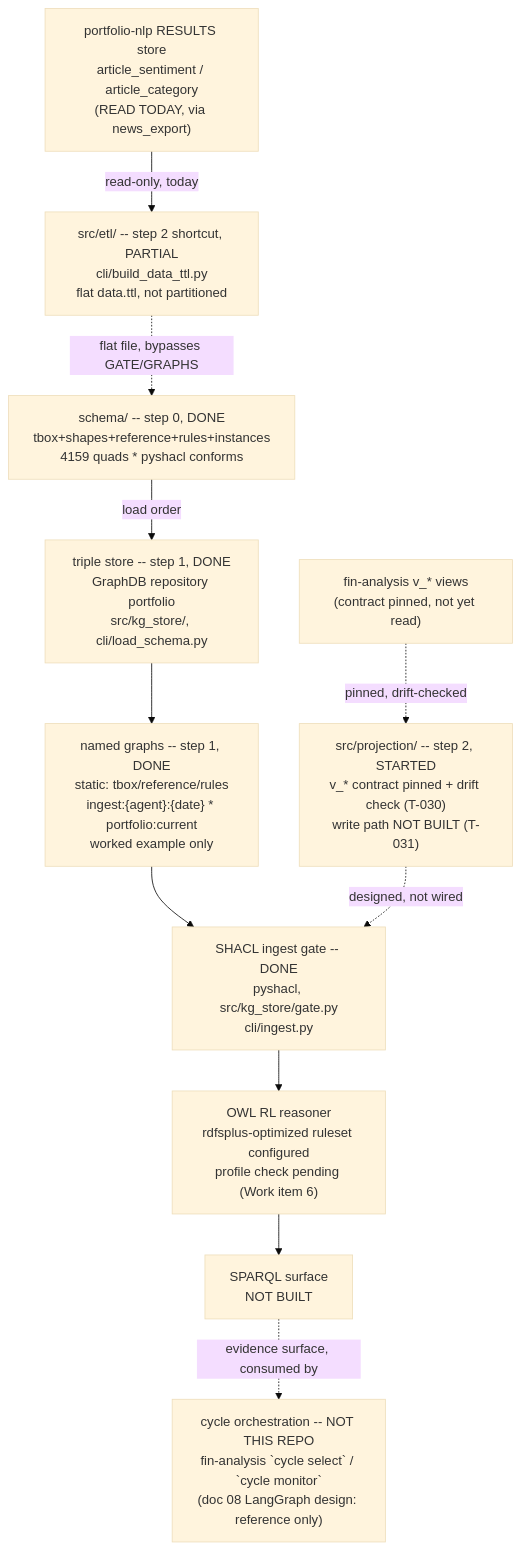
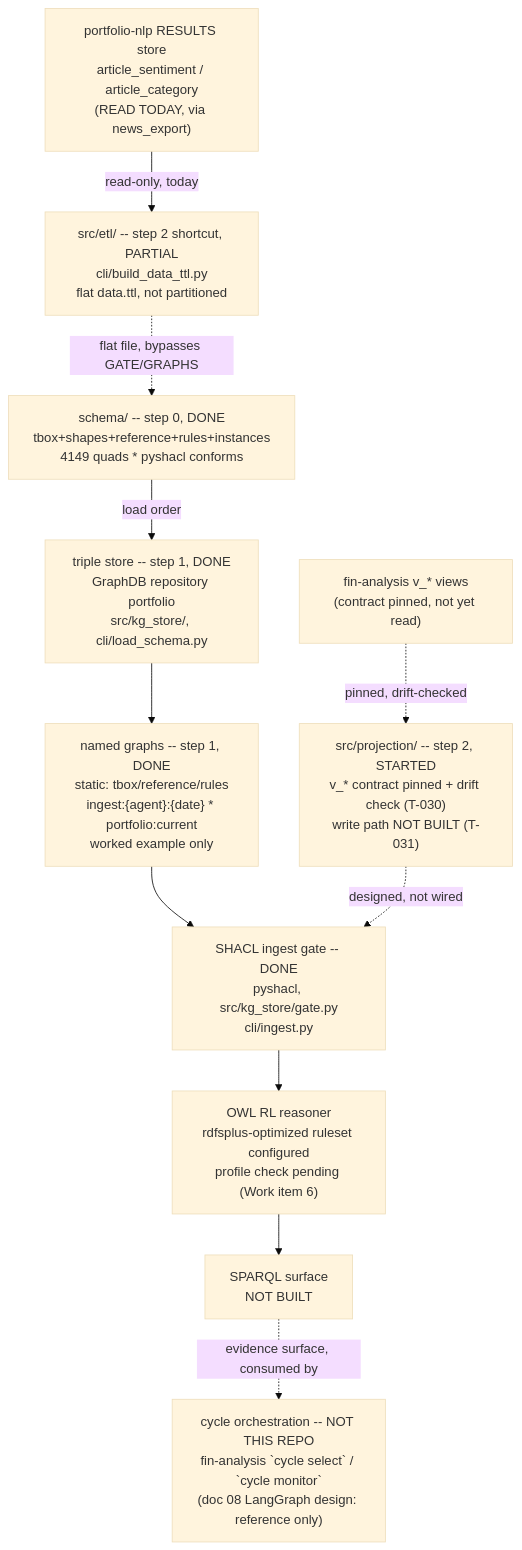
One commit to gamug/portfolio-knowledge-graph changed the diagram in .specify/memory/SPEC.md. Above: the diagram before and after it, drawn with Mermaid (base theme). The commit also changed other lines of this file and 12 other files, not shown here.

````diff
--- a/.specify/memory/SPEC.md
+++ b/.specify/memory/SPEC.md
@@ -781,22 +784,22 @@
 ```mermaid
 flowchart TB
-    SCHEMA["schema/ -- step 0, DONE<br/>tbox+shapes+reference+rules+instances<br/>4159 quads * pyshacl conforms"]
+    SCHEMA["schema/ -- step 0, DONE<br/>tbox+shapes+reference+rules+instances<br/>4149 quads * pyshacl conforms"]
     STORE["triple store -- step 1, DONE<br/>GraphDB repository portfolio<br/>src/kg_store/, cli/load_schema.py"]
     GRAPHS["named graphs -- step 1, DONE<br/>static: tbox/reference/rules<br/>ingest:{agent}:{date} * portfolio:current<br/>worked example only"]
     GATE["SHACL ingest gate -- DONE<br/>pyshacl, src/kg_store/gate.py<br/>cli/ingest.py"]
     PROJ["src/projection/ -- step 2, STARTED<br/>v_* contract pinned + drift check (T-030)<br/>write path NOT BUILT (T-031)"]
     FIN["fin-analysis v_* views<br/>(contract pinned, not yet read)"]
     NLPRES["portfolio-nlp RESULTS store<br/>article_sentiment / article_category<br/>(READ TODAY, via news_export)"]
     ETL["src/etl/ -- step 2 shortcut, PARTIAL<br/>cli/build_data_ttl.py<br/>flat data.ttl, not partitioned"]
     REASON["OWL RL reasoner<br/>rdfsplus-optimized ruleset configured<br/>profile check pending (Work item 6)"]
     SPARQL["SPARQL surface<br/>NOT BUILT"]
     AGENTS["cycle orchestration -- NOT THIS REPO<br/>fin-analysis `cycle select` / `cycle monitor`<br/>(doc 08 LangGraph design: reference only)"]
 
     SCHEMA -->|load order| STORE --> GRAPHS --> GATE
     FIN -.->|pinned, drift-checked| PROJ
     PROJ -.->|designed, not wired| GATE
     NLPRES -->|read-only, today| ETL
     ETL -.->|flat file, bypasses GATE/GRAPHS| SCHEMA
     GATE --> REASON --> SPARQL
     SPARQL -.->|evidence surface, consumed by| AGENTS
 ```
````
